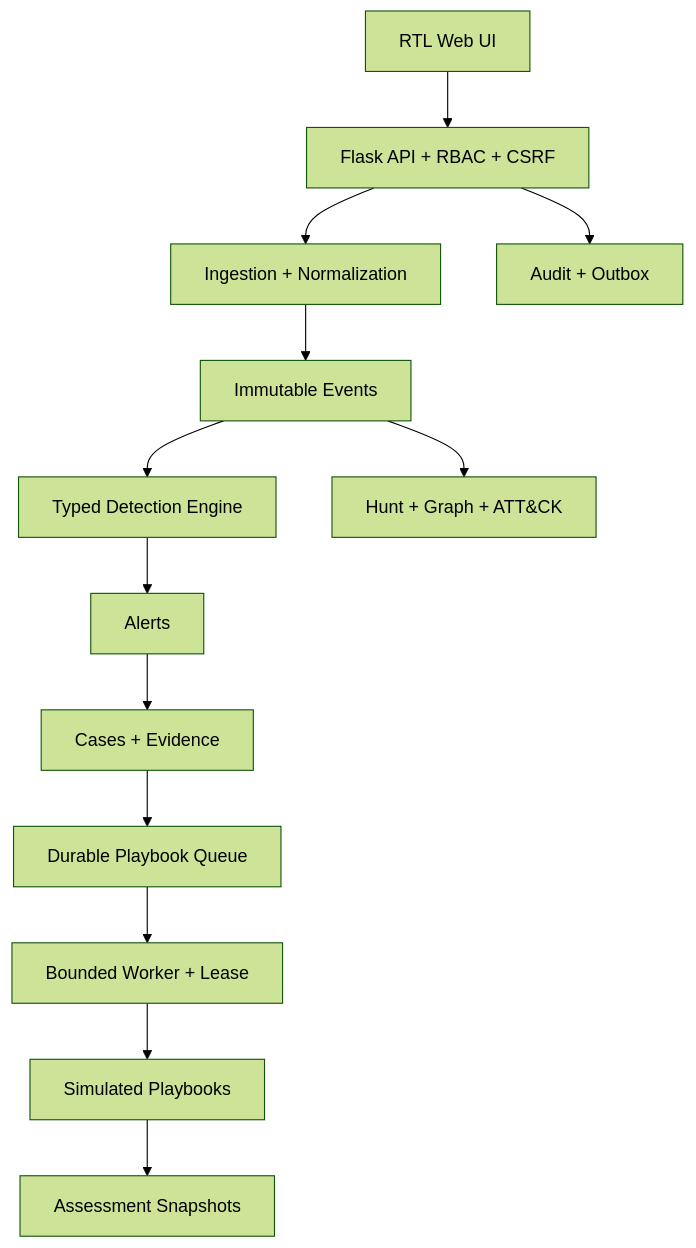
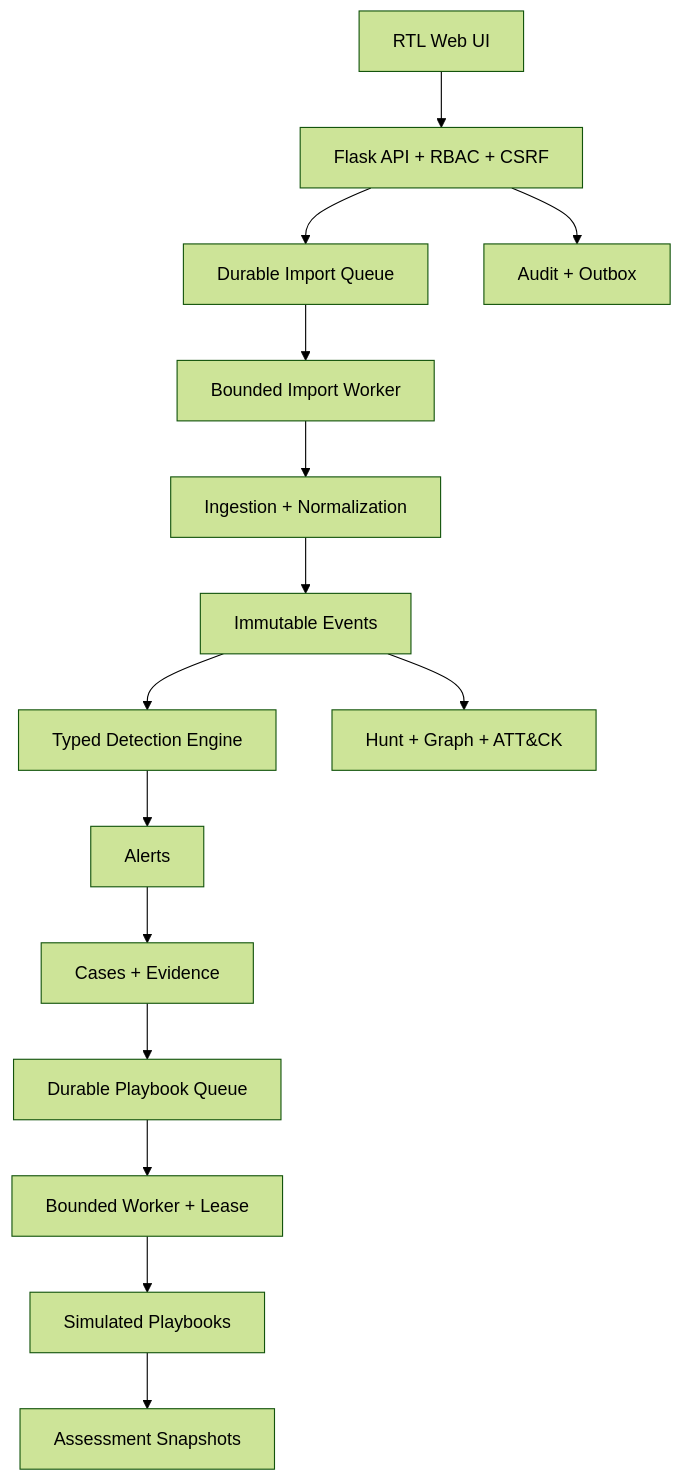
One commit to 7zy4/SOCifyProject changed the diagram in docs/architecture.md. Above: the diagram before and after it, drawn with Mermaid (forest theme). The commit also changed other lines of this file and 18 other files, not shown here.

Commit message:
feat: process imports on bounded durable worker

````diff
--- a/docs/architecture.md
+++ b/docs/architecture.md
@@ -7,15 +7,17 @@
 ```mermaid
 flowchart TD
     UI["RTL Web UI"] --> API["Flask API + RBAC + CSRF"]
-    API --> ING["Ingestion + Normalization"]
+    API --> IQUEUE["Durable Import Queue"]
+    IQUEUE --> IWORKER["Bounded Import Worker"]
+    IWORKER --> ING["Ingestion + Normalization"]
     ING --> EVT["Immutable Events"]
     EVT --> DET["Typed Detection Engine"]
     DET --> ALT["Alerts"]
     ALT --> CASE["Cases + Evidence"]
     CASE --> QUEUE["Durable Playbook Queue"]
     QUEUE --> WORKER["Bounded Worker + Lease"]
     WORKER --> SOAR["Simulated Playbooks"]
     EVT --> VIEW["Hunt + Graph + ATT&CK"]
     SOAR --> SCORE["Assessment Snapshots"]
     API --> AUDIT["Audit + Outbox"]
 ```
````
